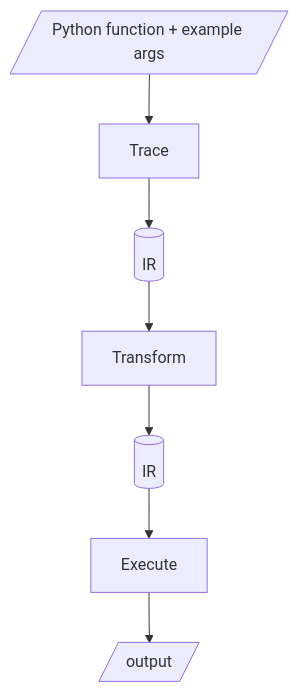
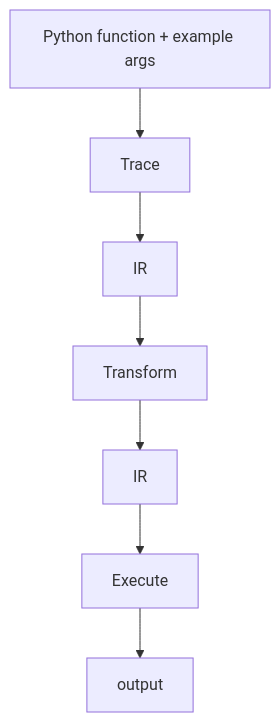
The first of 2 diagrams in docs/concepts/trace-ir-execute.md (ASEM000/autoform), drawn with Mermaid before and after one commit. The commit also changed other lines of this file and 5 other files, not shown here.

Commit message:
docs: normalize mermaid

````diff
--- a/docs/concepts/trace-ir-execute.md
+++ b/docs/concepts/trace-ir-execute.md
@@ -7,9 +7,9 @@
 ```{mermaid}
 flowchart TD
-    F[/Python function + example args/] --> T["Trace"]
-    T --> IR1[(IR)]
-    IR1 --> X["Transform"]
-    X --> IR2[(IR)]
-    IR2 --> E["Execute"]
-    E --> O[/output/]
+    func["Python function + example args"] --> trace["Trace"]
+    trace --> ir["IR"]
+    ir --> transform["Transform"]
+    transform --> transformed_ir["IR"]
+    transformed_ir --> execute["Execute"]
+    execute --> output["output"]
 ```
````
